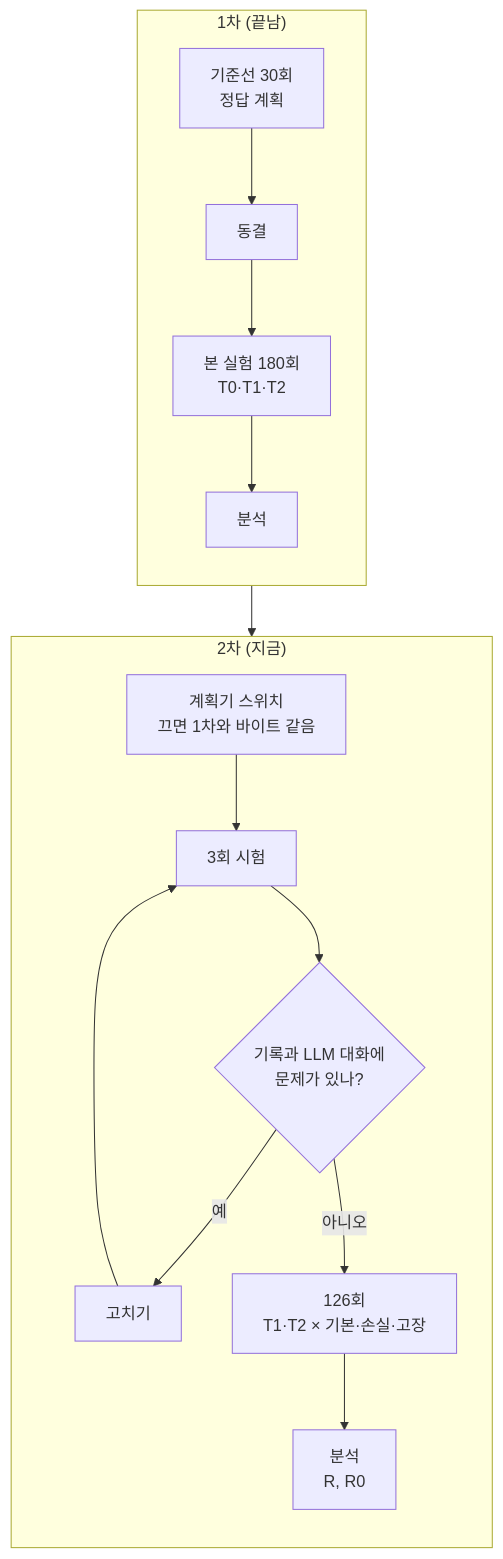
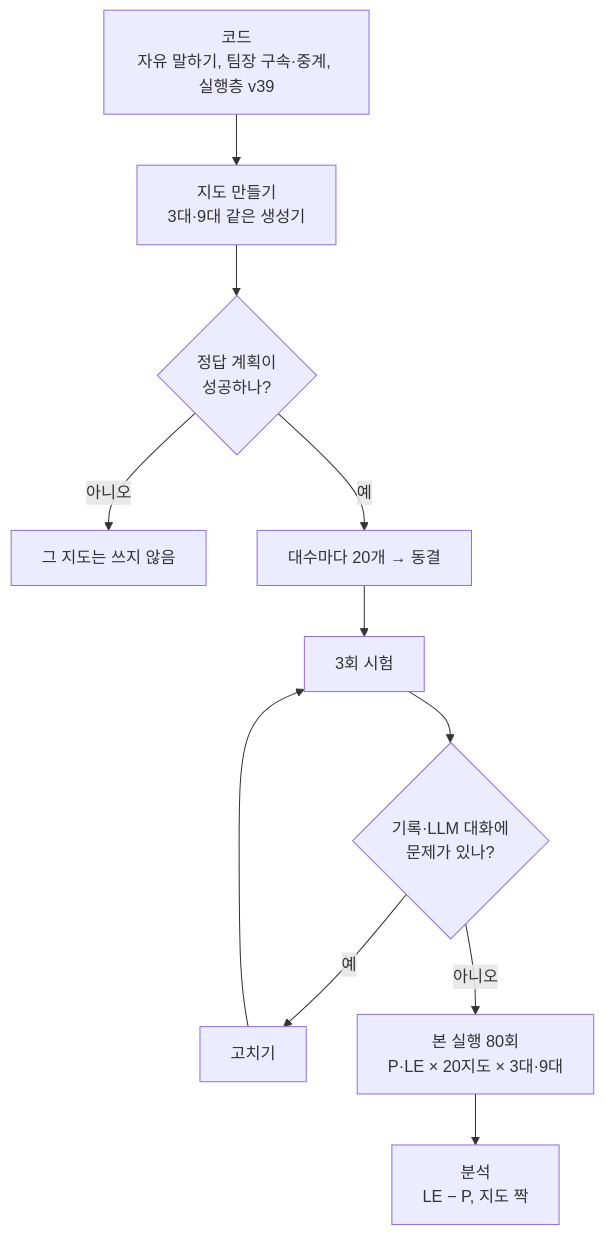
One commit to cmkang131/UGRP-Multi-Robot-Collaboration-Project changed the fifth of 5 diagrams in docs/architecture.md. Above: the diagram before and after it, drawn with Mermaid. The commit also changed other lines of this file and 4 other files, not shown here.

````diff
--- a/docs/architecture.md
+++ b/docs/architecture.md
@@ -173,15 +177,12 @@
 ```mermaid
 flowchart TB
-    subgraph S1["1차 (끝남)"]
-        direction TB
-        G["기준선 30회<br/>정답 계획"] --> F["동결"] --> MAIN["본 실험 180회<br/>T0·T1·T2"] --> AN["분석"]
-    end
-    subgraph S2["2차 (지금)"]
-        direction TB
-        SW["계획기 스위치<br/>끄면 1차와 바이트 같음"] --> T3["3회 시험"]
-        T3 --> CHK{"기록과 LLM 대화에<br/>문제가 있나?"}
-        CHK -->|예| FX["고치기"] --> T3
-        CHK -->|아니오| RUN["126회<br/>T1·T2 × 기본·손실·고장"] --> AN2["분석<br/>R, R0"]
-    end
-    S1 --> S2
+    C["코드<br/>자유 말하기, 팀장 구속·중계, 실행층 v39"] --> MG["지도 만들기<br/>3대·9대 같은 생성기"]
+    MG --> GT{"정답 계획이<br/>성공하나?"}
+    GT -->|아니오| SK["그 지도는 쓰지 않음"]
+    GT -->|예| F["대수마다 20개 → 동결"]
+    F --> T3["3회 시험"]
+    T3 --> CHK{"기록·LLM 대화에<br/>문제가 있나?"}
+    CHK -->|예| FX["고치기"] --> T3
+    CHK -->|아니오| RUN["본 실행 80회<br/>P·LE × 20지도 × 3대·9대"]
+    RUN --> AN["분석<br/>LE − P, 지도 짝"]
 ```
````
